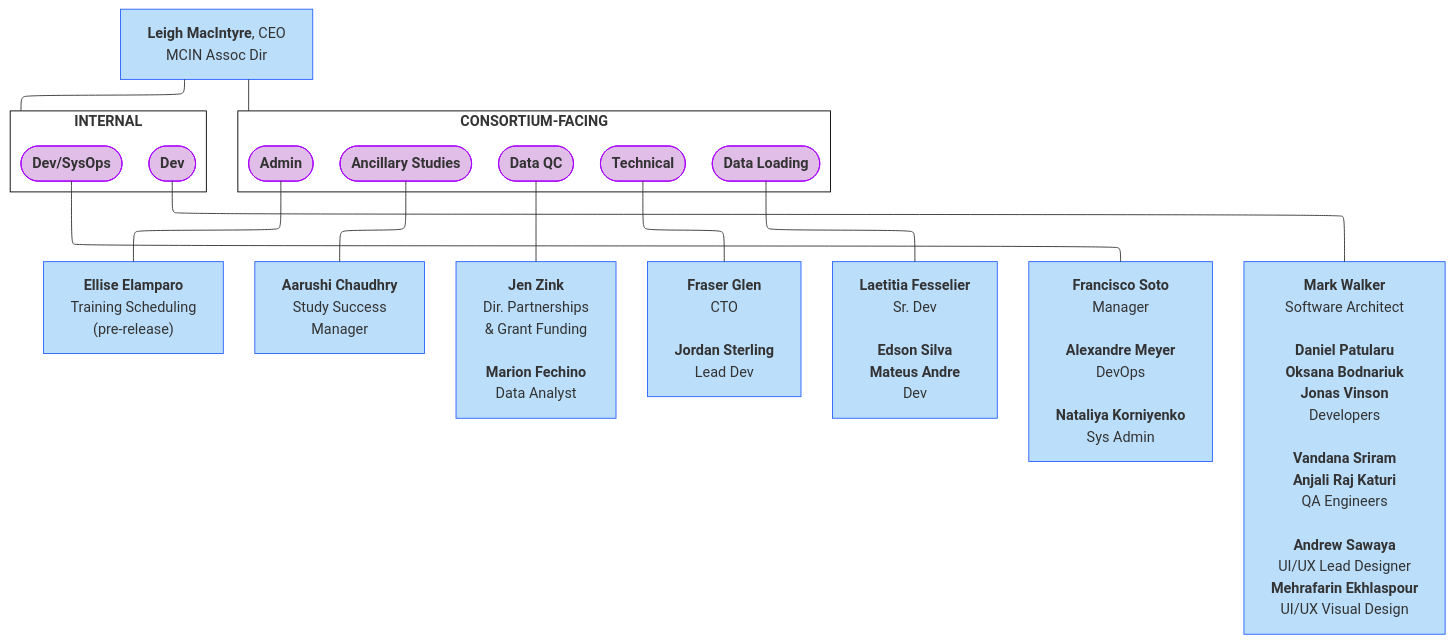
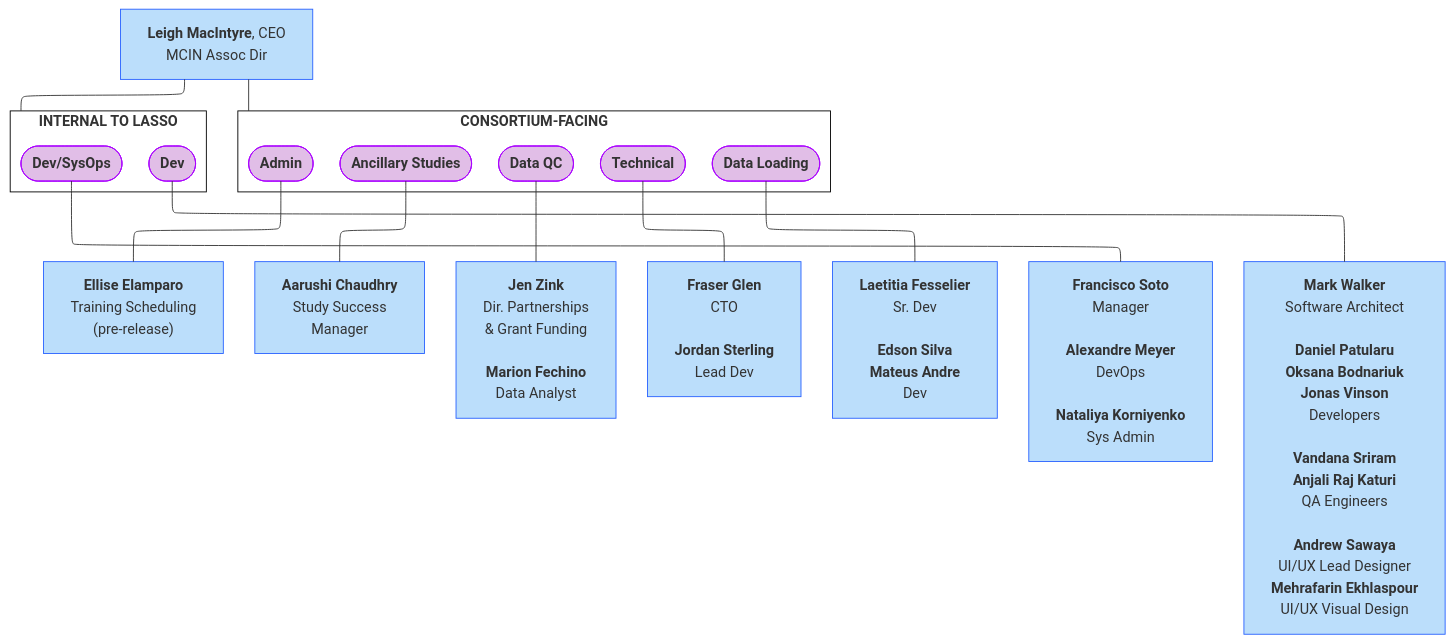
Before and after one commit to DCAN-Labs/hbcd-docs-internal: the fourth of 10 diagrams in docs/orgcharts.md, drawn with Mermaid.

Commit message:
fix lasso based on input from jen

````diff
--- a/docs/orgcharts.md
+++ b/docs/orgcharts.md
@@ -205,48 +205,48 @@
 ```mermaid
 ---
 config:
   layout: elk
 ---
 flowchart TB
- subgraph s2["<b>CONSORTIUM-FACING</b>"]
+ subgraph s1["<b>CONSORTIUM-FACING</b>"]
         B(["<b>Admin</b>"])
         n1(["<b>Ancillary Studies</b>"])
         n2(["<b>Data QC</b>"])
         n3(["<b>Technical</b>"])
         n4(["<b>Data Loading</b>"])
   end
- subgraph s1["<b>INTERNAL</b>"]
+ subgraph s2["<b>INTERNAL TO LASSO</b>"]
         n22(["<b>Dev</b>"])
         n23(["<b>Dev/SysOps</b>"])
   end
     A["<b>Leigh MacIntyre</b>, CEO<br>MCIN Assoc Dir"] --- s1 & s2
     B --- n5["<b>Ellise Elamparo</b><br>Training Scheduling<br>(pre-release)"]
     n1 --- n6["<b>Aarushi Chaudhry<br></b>Study Success<br>Manager"]
     n2 --- n7["<b>Jen Zink<br></b>Dir. Partnerships<br>&amp; Grant Funding<br><br><b>Marion Fechino</b><br>Data Analyst"]
     n3 --- n8["<b>Fraser Glen<br></b>CTO<br><br><b>Jordan Sterling<br></b>Lead Dev"]
     n4 --- n9["<b>Laetitia Fesselier<br></b>Sr. Dev<br><b><br>Edson Silva</b><br><b>Mateus Andre<br></b>Dev"]
     n23 --- n24["<b>Francisco Soto</b><br>Manager<br>
     <b>Alexandre Meyer</b><br>DevOps<br>
     <b>Nataliya Korniyenko<br></b>Sys Admin"]
     n22 --- n26["<b>Mark Walker</b><br>Software Architect<br>
     <b>Daniel Patularu</b><br><b>Oksana Bodnariuk<br>Jonas Vinson<br></b>Developers<br>
     <b>Vandana Sriram</b><br><b>Anjali Raj Katuri<br></b>QA Engineers<br>
     <b>Andrew Sawaya</b><br>UI/UX Lead Designer<br><b>Mehrafarin Ekhlaspour</b><br>UI/UX Visual Design"]
     style B fill:#E1BEE7,stroke:#AA00FF
     style n1 fill:#E1BEE7,stroke:#AA00FF
     style n2 fill:#E1BEE7,stroke:#AA00FF
     style n3 fill:#E1BEE7,stroke:#AA00FF
     style n4 fill:#E1BEE7,stroke:#AA00FF
     style n22 fill:#E1BEE7,stroke:#AA00FF
     style n23 fill:#E1BEE7,stroke:#AA00FF
     style A fill:#BBDEFB,stroke:#2962FF
     style s1 fill:#FFFFFF,stroke:#000000
+    style s2 fill:#FFFFFF,stroke:#000000
     style n5 fill:#BBDEFB,stroke:#2962FF
     style n6 fill:#BBDEFB,stroke:#2962FF
     style n7 fill:#BBDEFB,stroke:#2962FF
     style n8 fill:#BBDEFB,stroke:#2962FF
     style n9 fill:#BBDEFB,stroke:#2962FF
     style n24 fill:#BBDEFB,stroke:#2962FF
     style n26 fill:#BBDEFB,stroke:#2962FF
-    style s2 fill:#FFFFFF,stroke:#000000
 ```
````
